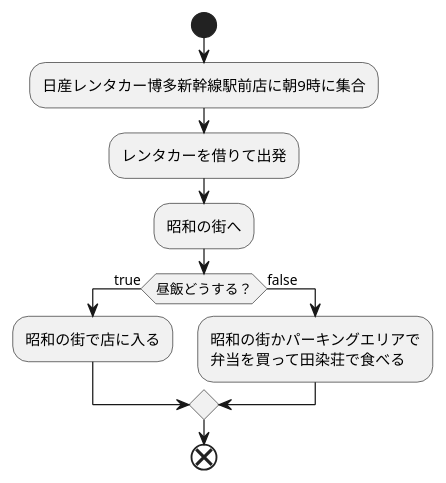
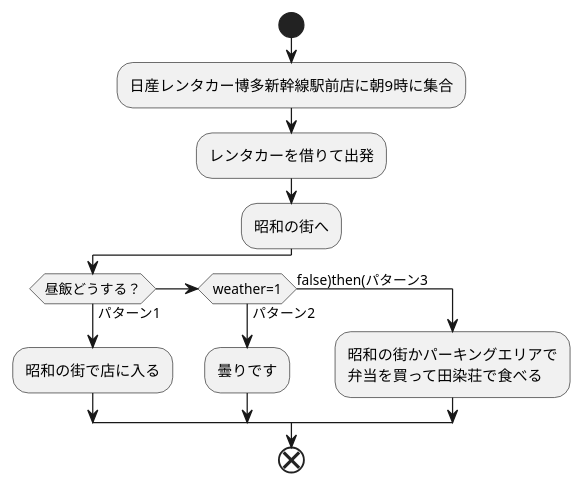
One commit to Aso2001369/2021sys-design changed the diagram in trip.md. Above: the diagram before and after it, drawn with PlantUML.

````diff
--- a/trip.md
+++ b/trip.md
@@ -1,17 +1,19 @@
 ```uml
 @startuml
 start
 
 :日産レンタカー博多新幹線駅前店に朝9時に集合;
 :レンタカーを借りて出発;
 :昭和の街へ;
-if(昼飯どうする？)then(true)
+if(昼飯どうする？)then(パターン1)
 :昭和の街で店に入る;
-else(false)
+elseif(weather=1)then(パターン2)
+:曇りです;
+else(false)then(パターン3)
 :昭和の街かパーキングエリアで
 弁当を買って田染荘で食べる;
 endif
 
 end
 @enduml
 ```
````
